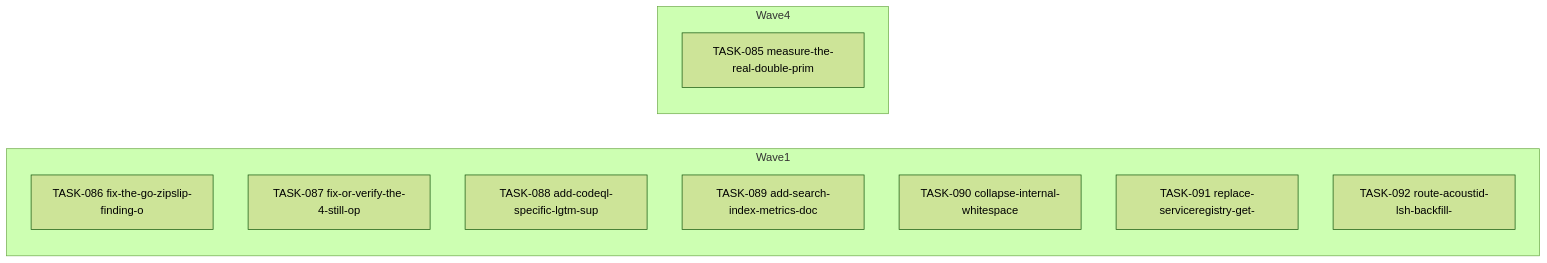
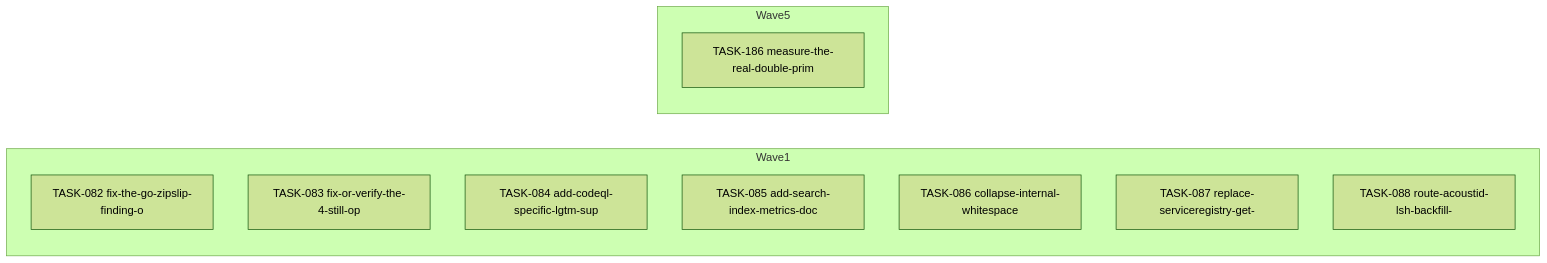
One commit to falkcorp/audiobook-organizer changed the diagram in docs/agent-tasks/todo-completion/misc-go/orchestration.md. Above: the diagram before and after it, drawn with Mermaid (forest theme). The commit also changed other lines of this file and 406 other files, not shown here.

First line of the commit message:
docs(plan): checkpoint 3 — stable task ids, verdict-override guard, real Go gate, external blockers

````diff
--- a/docs/agent-tasks/todo-completion/misc-go/orchestration.md
+++ b/docs/agent-tasks/todo-completion/misc-go/orchestration.md
@@ -12,16 +12,16 @@
 ```mermaid
 flowchart LR
     subgraph Wave1
-      TASK086[TASK-086 fix-the-go-zipslip-finding-o]
-      TASK087[TASK-087 fix-or-verify-the-4-still-op]
-      TASK088[TASK-088 add-codeql-specific-lgtm-sup]
-      TASK089[TASK-089 add-search-index-metrics-doc]
-      TASK090[TASK-090 collapse-internal-whitespace]
-      TASK091[TASK-091 replace-serviceregistry-get-]
-      TASK092[TASK-092 route-acoustid-lsh-backfill-]
+      TASK082[TASK-082 fix-the-go-zipslip-finding-o]
+      TASK083[TASK-083 fix-or-verify-the-4-still-op]
+      TASK084[TASK-084 add-codeql-specific-lgtm-sup]
+      TASK085[TASK-085 add-search-index-metrics-doc]
+      TASK086[TASK-086 collapse-internal-whitespace]
+      TASK087[TASK-087 replace-serviceregistry-get-]
+      TASK088[TASK-088 route-acoustid-lsh-backfill-]
     end
-    subgraph Wave4
-      TASK085[TASK-085 measure-the-real-double-prim]
+    subgraph Wave5
+      TASK186[TASK-186 measure-the-real-double-prim]
     end
 
 ```
````
